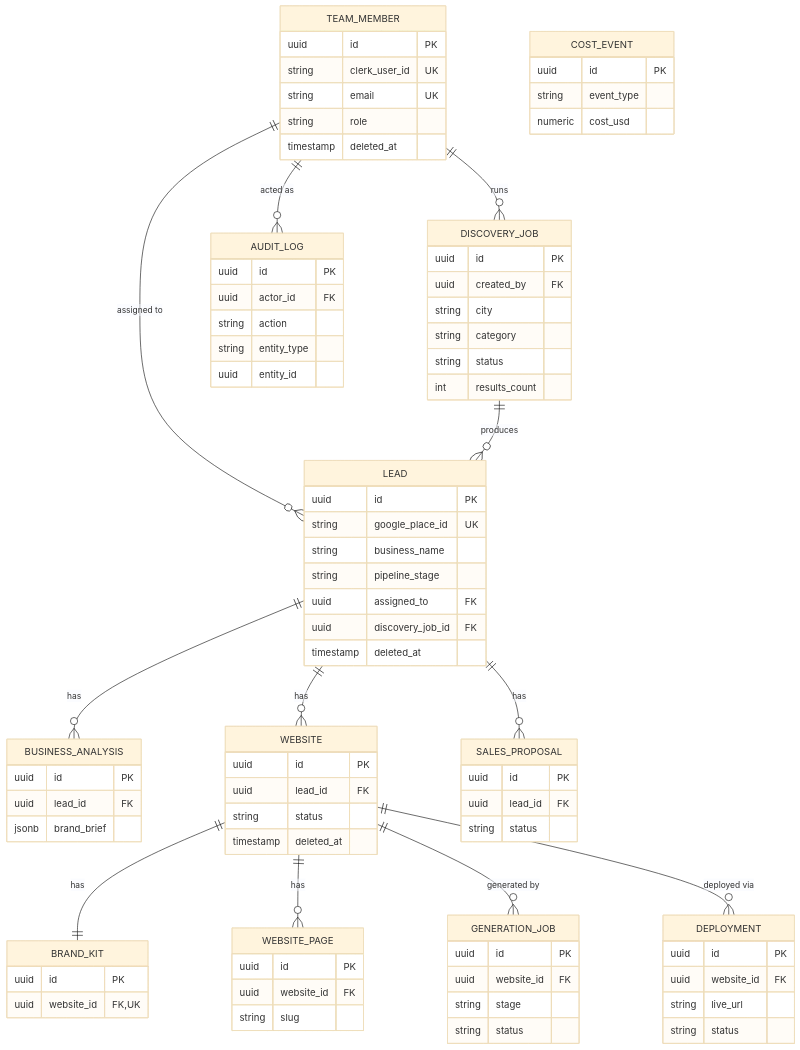
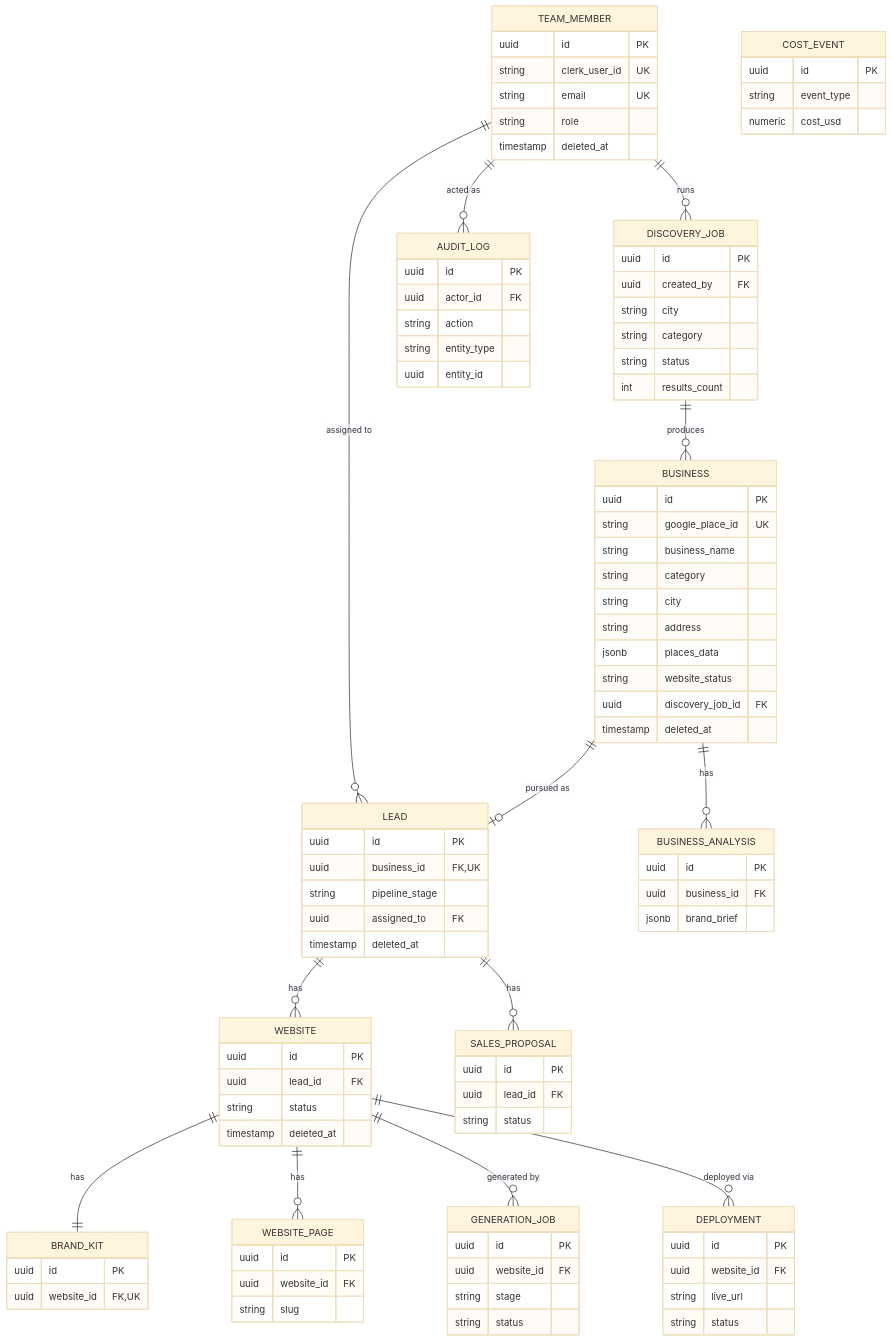
Before and after one commit to ShaiikhRafay/riznexia-platform: the diagram in docs/18-database-architecture.md, drawn with Mermaid (base theme). The commit also changed other lines of this file and 215 other files, not shown here.

```diff
--- a/docs/18-database-architecture.md
+++ b/docs/18-database-architecture.md
@@ -16,8 +18,9 @@
     TEAM_MEMBER ||--o{ DISCOVERY_JOB : runs
     TEAM_MEMBER ||--o{ AUDIT_LOG : "acted as"
 
-    DISCOVERY_JOB ||--o{ LEAD : produces
-    LEAD ||--o{ BUSINESS_ANALYSIS : has
+    DISCOVERY_JOB ||--o{ BUSINESS : produces
+    BUSINESS ||--o| LEAD : "pursued as"
+    BUSINESS ||--o{ BUSINESS_ANALYSIS : has
     LEAD ||--o{ WEBSITE : has
     LEAD ||--o{ SALES_PROPOSAL : has
 
@@ -41,18 +44,28 @@
         string status
         int results_count
     }
-    LEAD {
+    BUSINESS {
         uuid id PK
         string google_place_id UK
         string business_name
+        string category
+        string city
+        string address
+        jsonb places_data
+        string website_status
+        uuid discovery_job_id FK
+        timestamp deleted_at
+    }
+    LEAD {
+        uuid id PK
+        uuid business_id FK,UK
         string pipeline_stage
         uuid assigned_to FK
-        uuid discovery_job_id FK
         timestamp deleted_at
     }
     BUSINESS_ANALYSIS {
         uuid id PK
-        uuid lead_id FK
+        uuid business_id FK
         jsonb brand_brief
     }
     WEBSITE {
```
